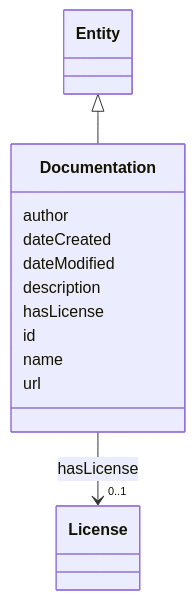
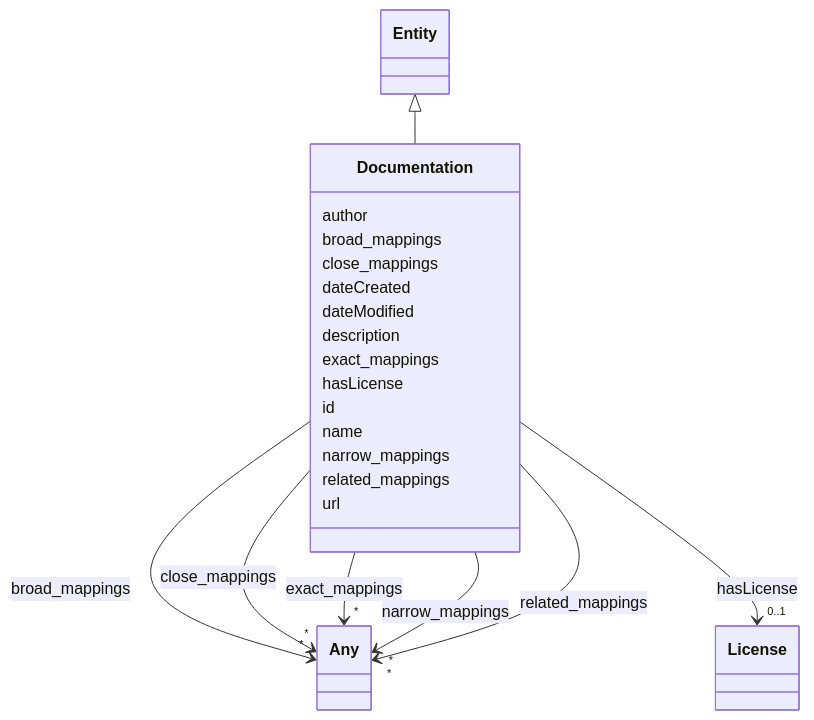
The diagram in docs/ontology/Documentation.md (ingelise/risk-atlas-nexus), drawn with Mermaid before and after one commit. The commit also changed other lines of this file and 180 other files, not shown here.

```diff
--- a/docs/ontology/Documentation.md
+++ b/docs/ontology/Documentation.md
@@ -24,11 +24,44 @@
 
       Documentation : author
 
+      Documentation : broad_mappings
+
+
+
+
+
+        Documentation --> "*" Any : broad_mappings
+        click Any href "../Any/"
+
+
+
+      Documentation : close_mappings
+
+
+
+
+
+        Documentation --> "*" Any : close_mappings
+        click Any href "../Any/"
+
+
+
       Documentation : dateCreated
 
       Documentation : dateModified
 
       Documentation : description
+
+      Documentation : exact_mappings
+
+
+
+
+
+        Documentation --> "*" Any : exact_mappings
+        click Any href "../Any/"
+
+
 
       Documentation : hasLicense
 
@@ -45,6 +78,28 @@
 
       Documentation : name
 
+      Documentation : narrow_mappings
+
+
+
+
+
+        Documentation --> "*" Any : narrow_mappings
+        click Any href "../Any/"
+
+
+
+      Documentation : related_mappings
+
+
+
+
+
+        Documentation --> "*" Any : related_mappings
+        click Any href "../Any/"
+
+
+
       Documentation : url
 
 
```
